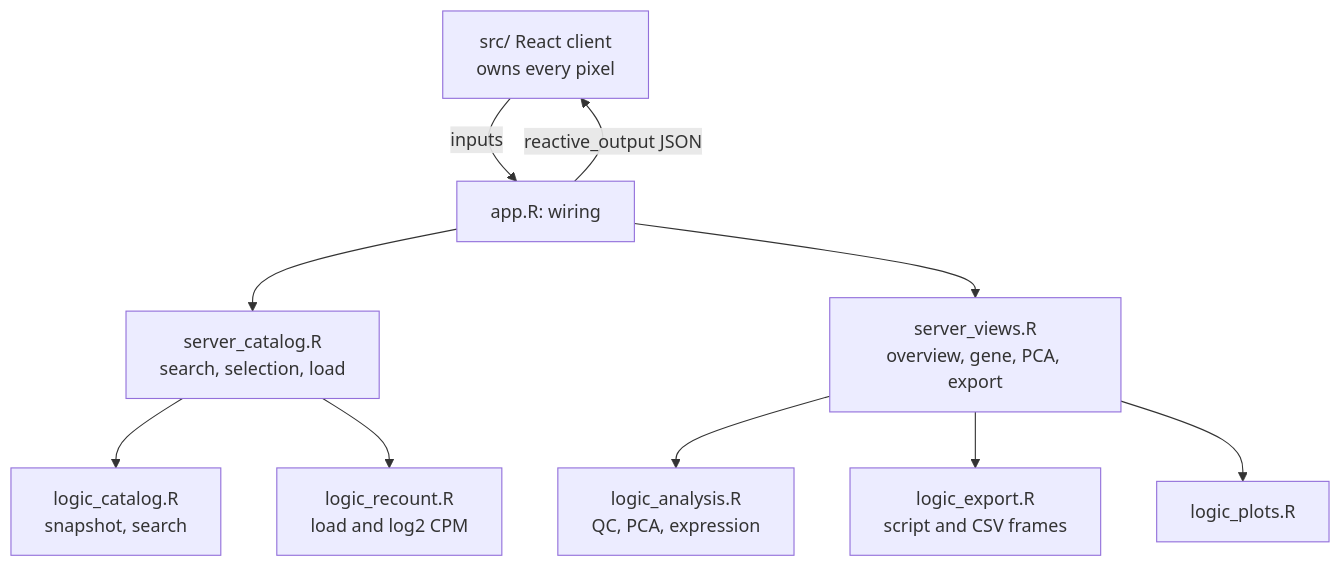
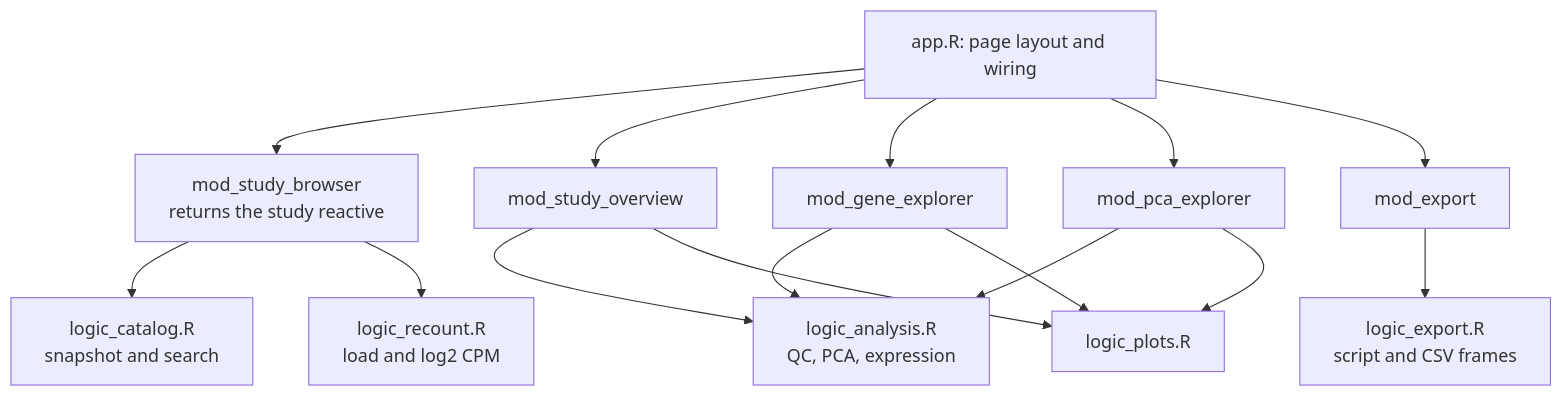
The fourth of 4 diagrams in docs/design.md (samuelbharti/recount-explorer), drawn with Mermaid before and after one commit. The commit also changed other lines of this file and 42 other files, not shown here.

````diff
--- a/docs/design.md
+++ b/docs/design.md
@@ -157,13 +150,18 @@
 ```mermaid
 flowchart TD
-    client["src/ React client<br/>owns every pixel"]
-    client -->|"inputs"| app["app.R: wiring"]
-    app -->|"reactive_output JSON"| client
-    app --> browser["server_catalog.R<br/>search, selection, load"]
-    app --> views["server_views.R<br/>overview, gene, PCA, export"]
-    browser --> logic0["logic_catalog.R<br/>snapshot, search"]
+    app["app.R: page layout and wiring"]
+    app --> browser["mod_study_browser<br/>returns the study reactive"]
+    app --> overview["mod_study_overview"]
+    app --> gene["mod_gene_explorer"]
+    app --> pca["mod_pca_explorer"]
+    app --> export["mod_export"]
+    browser --> logic0["logic_catalog.R<br/>snapshot and search"]
     browser --> logic1["logic_recount.R<br/>load and log2 CPM"]
-    views --> logic2["logic_analysis.R<br/>QC, PCA, expression"]
-    views --> logic3["logic_export.R<br/>script and CSV frames"]
-    views --> logic4["logic_plots.R"]
+    overview --> logic2["logic_analysis.R<br/>QC, PCA, expression"]
+    gene --> logic2
+    pca --> logic2
+    export --> logic3["logic_export.R<br/>script and CSV frames"]
+    gene --> logic4["logic_plots.R"]
+    pca --> logic4
+    overview --> logic4
 ```
````
